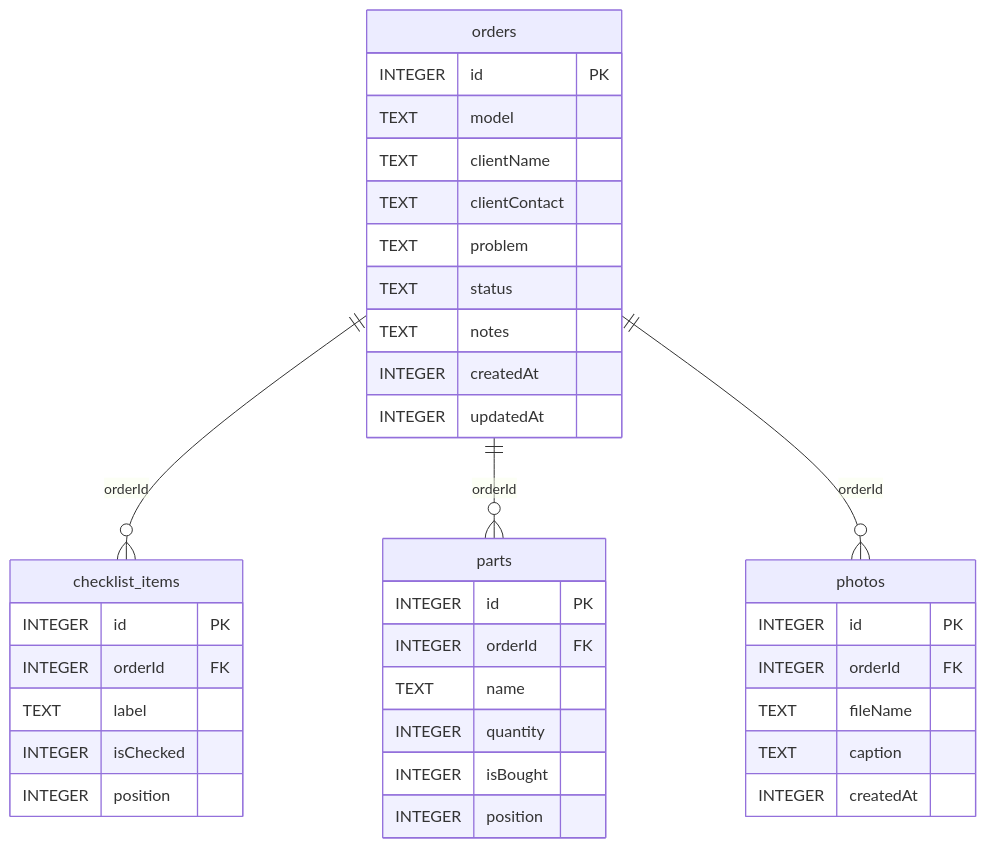
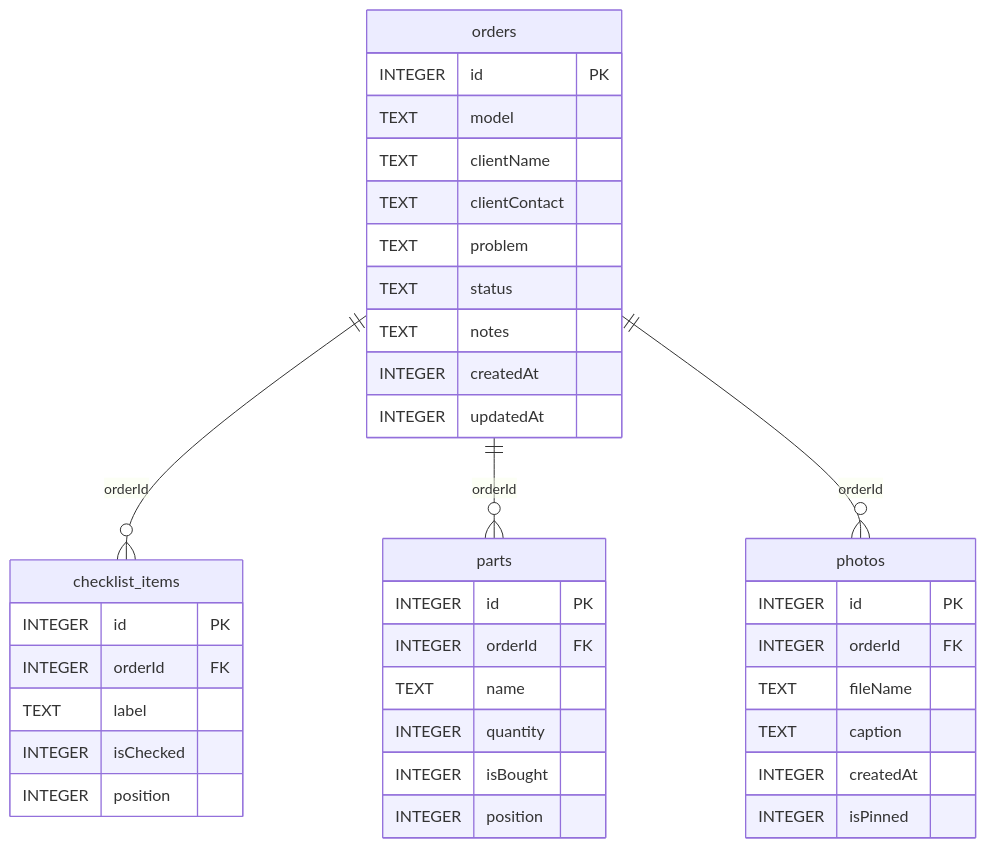
One commit to kidjinbruh-del/meow-meow-zapisi changed the diagram in docs/DATABASE.md. Above: the diagram before and after it, drawn with Mermaid. The commit also changed other lines of this file and 29 other files, not shown here.

````diff
--- a/docs/DATABASE.md
+++ b/docs/DATABASE.md
@@ -12,40 +12,41 @@
 ```mermaid
 erDiagram
     orders ||--o{ checklist_items : "orderId"
     orders ||--o{ parts : "orderId"
     orders ||--o{ photos : "orderId"
 
     orders {
         INTEGER id PK
         TEXT model
         TEXT clientName
         TEXT clientContact
         TEXT problem
         TEXT status
         TEXT notes
         INTEGER createdAt
         INTEGER updatedAt
     }
     checklist_items {
         INTEGER id PK
         INTEGER orderId FK
         TEXT label
         INTEGER isChecked
         INTEGER position
     }
     parts {
         INTEGER id PK
         INTEGER orderId FK
         TEXT name
         INTEGER quantity
         INTEGER isBought
         INTEGER position
     }
     photos {
         INTEGER id PK
         INTEGER orderId FK
         TEXT fileName
         TEXT caption
         INTEGER createdAt
+        INTEGER isPinned
     }
 ```
````
